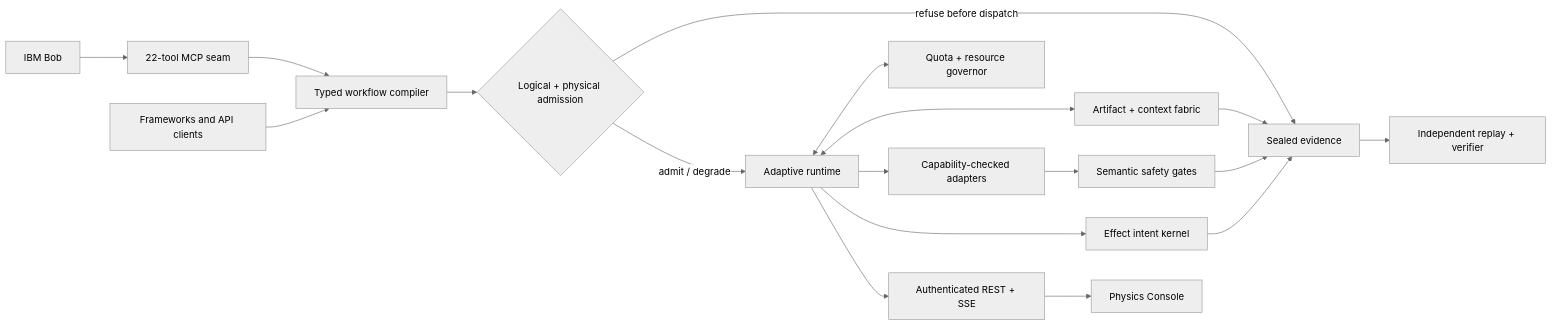
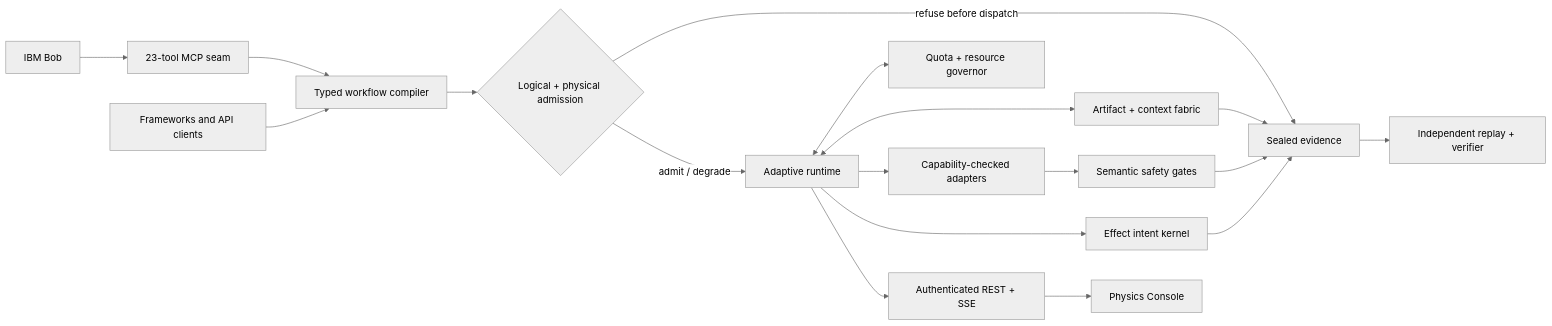
The diagram in README.md (marcpoliquin5/finite-agent-physics), drawn with Mermaid (neutral theme) before and after one commit. The commit also changed other lines of this file and 31 other files, not shown here.

````diff
--- a/README.md
+++ b/README.md
@@ -41,20 +41,20 @@
 ```mermaid
 flowchart LR
-    Bob["IBM Bob"] --> MCP["22-tool MCP seam"]
+    Bob["IBM Bob"] --> MCP["23-tool MCP seam"]
     Clients["Frameworks and API clients"] --> Compiler["Typed workflow compiler"]
     MCP --> Compiler
     Compiler --> Admit{"Logical + physical admission"}
     Admit -->|"refuse before dispatch"| Evidence["Sealed evidence"]
     Admit -->|"admit / degrade"| Runtime["Adaptive runtime"]
     Runtime <--> Governor["Quota + resource governor"]
     Runtime <--> Context["Artifact + context fabric"]
     Runtime --> Adapters["Capability-checked adapters"]
     Runtime --> Effects["Effect intent kernel"]
     Adapters --> Safety["Semantic safety gates"]
     Context --> Evidence
     Effects --> Evidence
     Safety --> Evidence
     Evidence --> Verify["Independent replay + verifier"]
     Runtime --> API["Authenticated REST + SSE"]
     API --> Console["Physics Console"]
 ```
````
